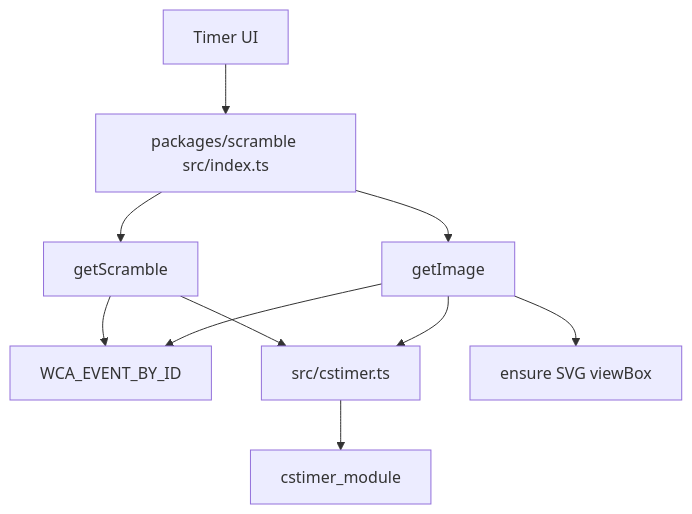
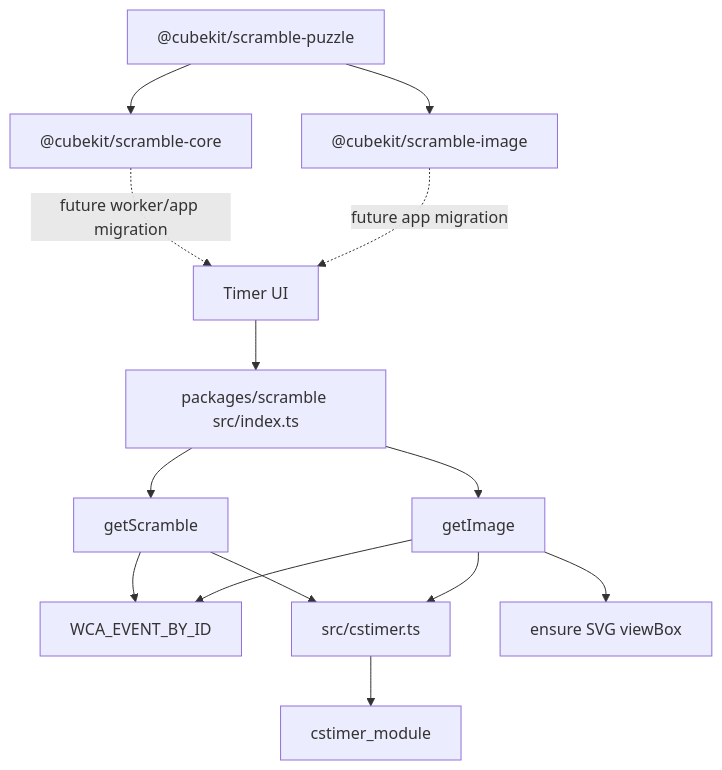
One commit to deweyou/cube-kit changed the diagram in docs/scramble-runtime.md. Above: the diagram before and after it, drawn with Mermaid. The commit also changed other lines of this file and 4 other files, not shown here.

````diff
--- a/docs/scramble-runtime.md
+++ b/docs/scramble-runtime.md
@@ -3,12 +3,16 @@
 ```mermaid
 flowchart TD
     UI["Timer UI"] --> PublicAPI["packages/scramble src/index.ts"]
     PublicAPI --> Scramble["getScramble"]
     PublicAPI --> Image["getImage"]
     Scramble --> Events["WCA_EVENT_BY_ID"]
     Image --> Events
     Scramble --> CstimerAdapter["src/cstimer.ts"]
     Image --> CstimerAdapter
     CstimerAdapter --> Upstream["cstimer_module"]
     Image --> ViewBox["ensure SVG viewBox"]
+    NewPuzzle["@cubekit/scramble-puzzle"] --> NewCore["@cubekit/scramble-core"]
+    NewPuzzle --> NewImage["@cubekit/scramble-image"]
+    NewCore -. "future worker/app migration" .-> UI
+    NewImage -. "future app migration" .-> UI
 ```
````
